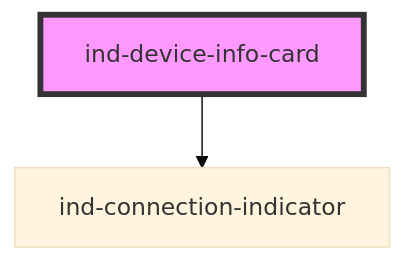
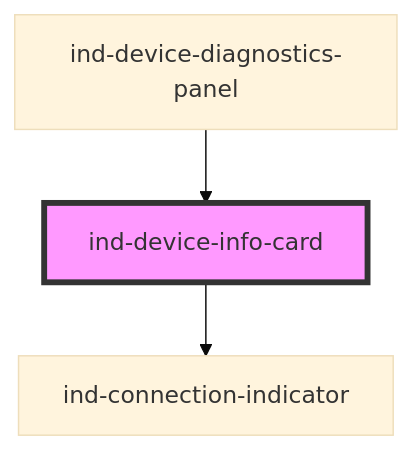
One commit to christophe77/in-ds changed the diagram in packages/core/src/components/molecules/device-info-card/readme.md. Above: the diagram before and after it, drawn with Mermaid (base theme). The commit also changed other lines of this file and 106 other files, not shown here.

````diff
--- a/packages/core/src/components/molecules/device-info-card/readme.md
+++ b/packages/core/src/components/molecules/device-info-card/readme.md
@@ -43,5 +47,6 @@
 ```mermaid
 graph TD;
   ind-device-info-card --> ind-connection-indicator
+  ind-device-diagnostics-panel --> ind-device-info-card
   style ind-device-info-card fill:#f9f,stroke:#333,stroke-width:4px
 ```
````
